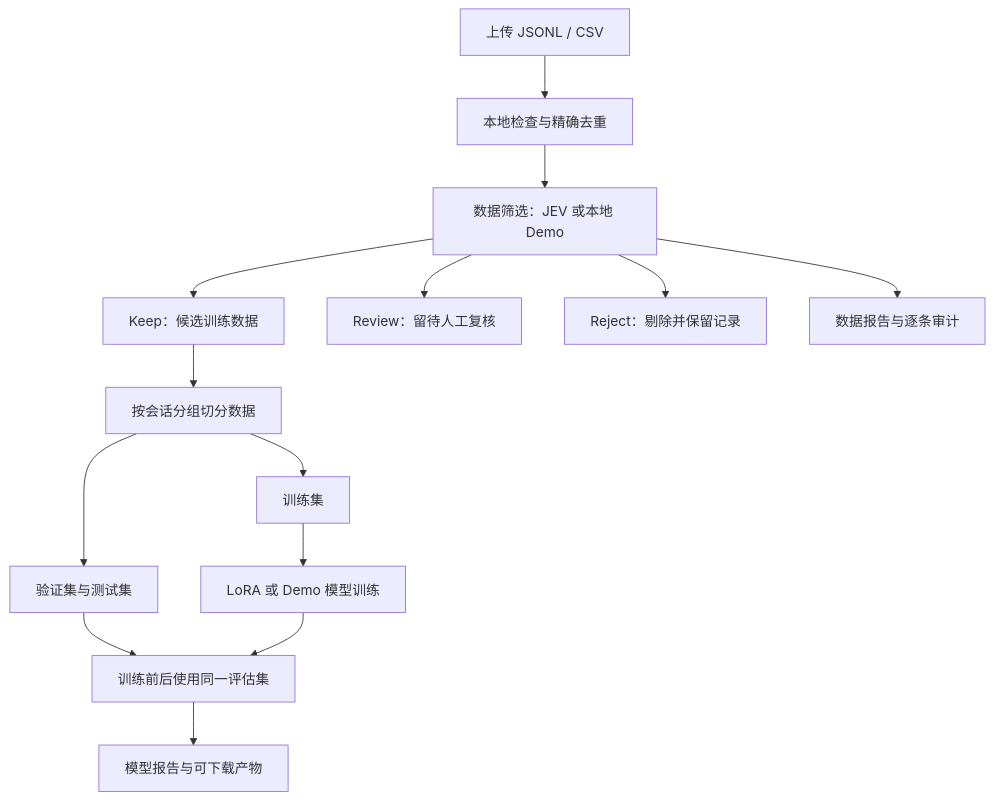
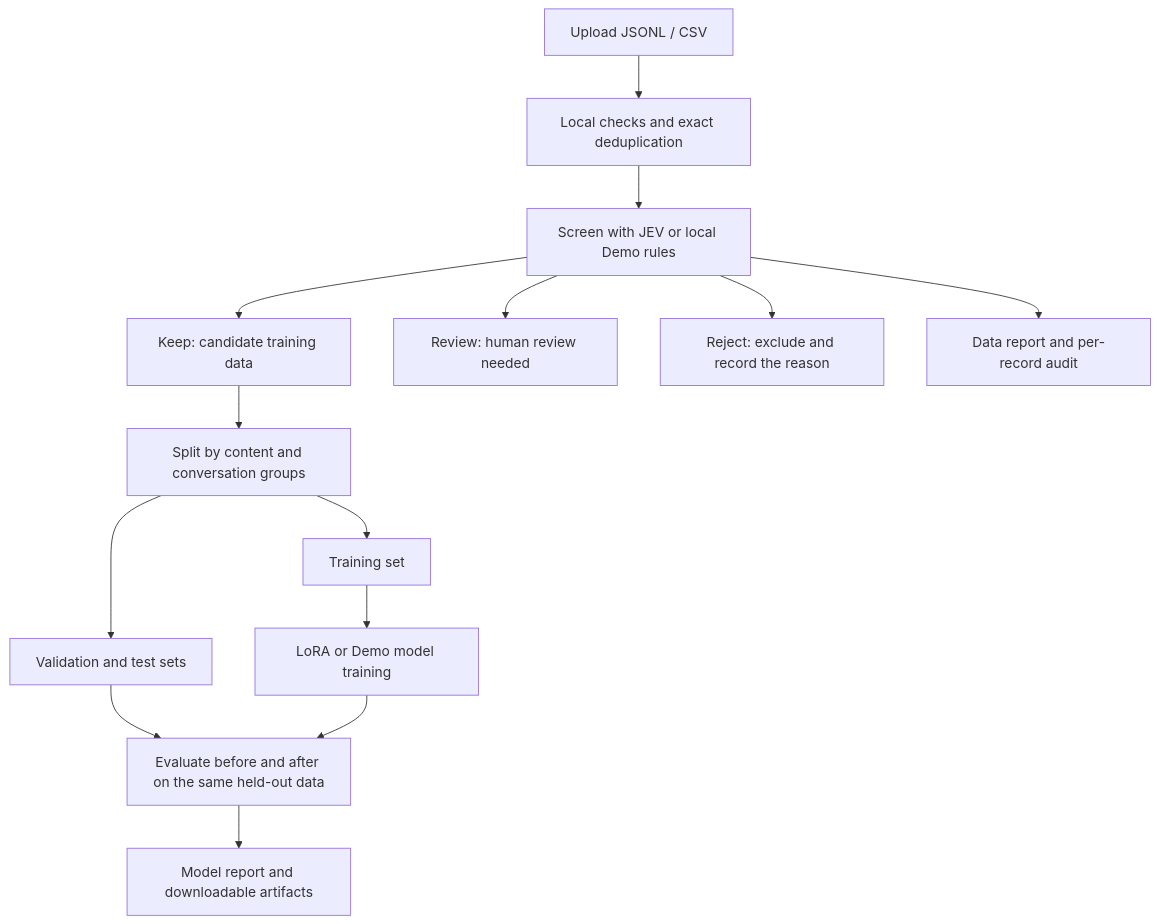
Before and after one commit to Jiadalee/jev-dataops: the diagram in README.md, drawn with Mermaid. The commit also changed other lines of this file and 6 other files, not shown here.

````diff
--- a/README.md
+++ b/README.md
@@ -25,16 +23,16 @@
 ```mermaid
 flowchart TD
-    A[上传 JSONL / CSV] --> B[本地检查与精确去重]
-    B --> C[数据筛选：JEV 或本地 Demo]
-    C --> D[Keep：候选训练数据]
-    C --> E[Review：留待人工复核]
-    C --> F[Reject：剔除并保留记录]
-    C --> G[数据报告与逐条审计]
-    D --> H[按会话分组切分数据]
-    H --> I[训练集]
-    H --> J[验证集与测试集]
-    I --> K[LoRA 或 Demo 模型训练]
-    J --> L[训练前后使用同一评估集]
+    A[Upload JSONL / CSV] --> B[Local checks and exact deduplication]
+    B --> C[Screen with JEV or local Demo rules]
+    C --> D[Keep: candidate training data]
+    C --> E[Review: human review needed]
+    C --> F[Reject: exclude and record the reason]
+    C --> G[Data report and per-record audit]
+    D --> H[Split by content and conversation groups]
+    H --> I[Training set]
+    H --> J[Validation and test sets]
+    I --> K[LoRA or Demo model training]
+    J --> L[Evaluate before and after on the same held-out data]
     K --> L
-    L --> M[模型报告与可下载产物]
+    L --> M[Model report and downloadable artifacts]
 ```
````
